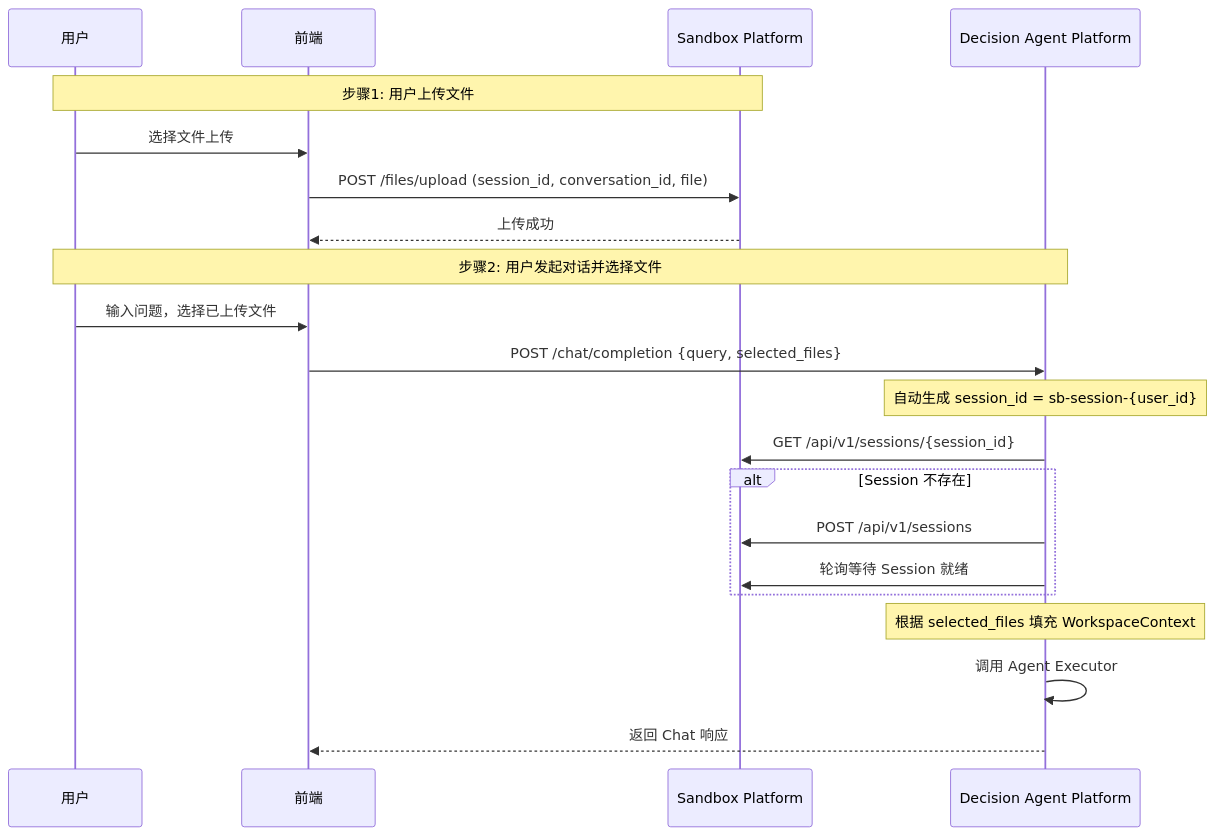
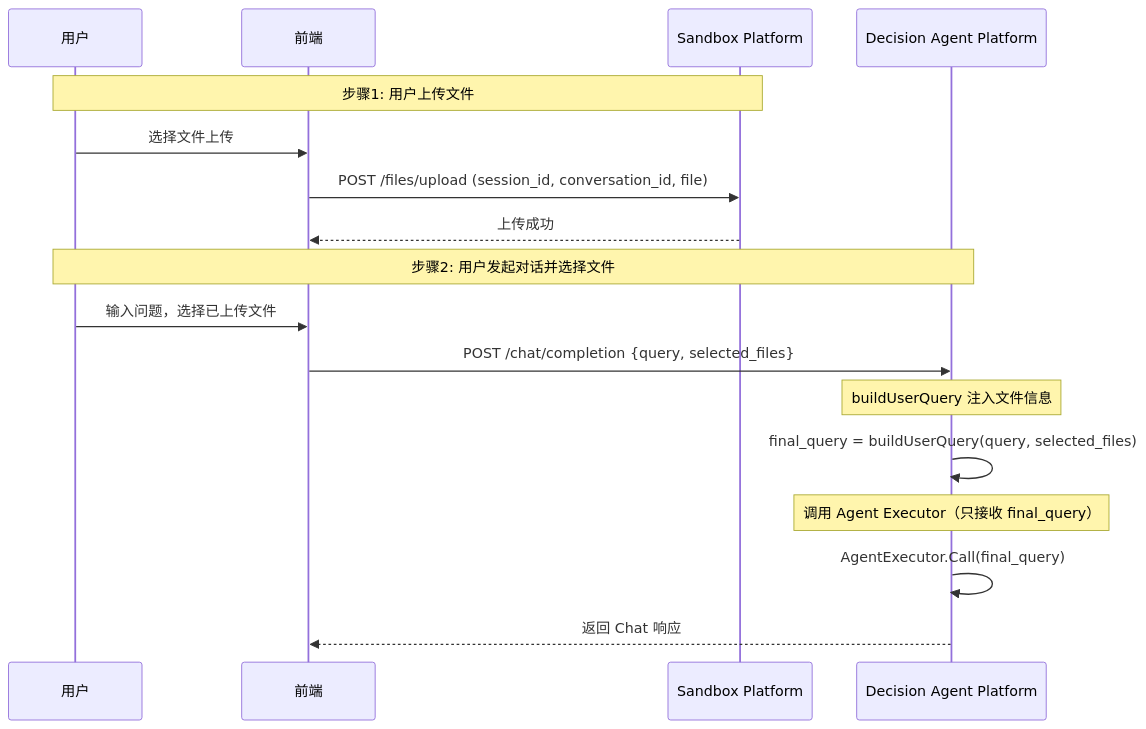
One commit to kweaver-ai/decision-agent changed the fourth of 4 diagrams in agent-backend/agent-factory/docs/feature/01-temparea/Agent 临时区（Sandbox Workspace）技术实现方案.md. Above: the diagram before and after it, drawn with Mermaid. The commit also changed other lines of this file and 1 other file, not shown here.

First line of the commit message:
``` feat(agent-factory): implement query injection for temporary area files

````diff
--- a/agent-backend/agent-factory/docs/feature/01-temparea/Agent 临时区（Sandbox Workspace）技术实现方案.md
+++ b/agent-backend/agent-factory/docs/feature/01-temparea/Agent 临时区（Sandbox Workspace）技术实现方案.md
@@ -1381,27 +1492,24 @@
 ```mermaid
 sequenceDiagram
     participant User as 用户
     participant Frontend as 前端
     participant SP as Sandbox Platform
     participant DAP as Decision Agent Platform
 
     Note over User,SP: 步骤1: 用户上传文件
     User->>Frontend: 选择文件上传
     Frontend->>SP: POST /files/upload (session_id, conversation_id, file)
     SP-->>Frontend: 上传成功
 
     Note over User,DAP: 步骤2: 用户发起对话并选择文件
     User->>Frontend: 输入问题，选择已上传文件
     Frontend->>DAP: POST /chat/completion {query, selected_files}
-    Note over DAP: 自动生成 session_id = sb-session-{user_id}
-    DAP->>SP: GET /api/v1/sessions/{session_id}
 
-    alt Session 不存在
-        DAP->>SP: POST /api/v1/sessions
-        DAP->>SP: 轮询等待 Session 就绪
-    end
+    Note over DAP: buildUserQuery 注入文件信息
+    DAP->>DAP: final_query = buildUserQuery(query, selected_files)
 
-    Note over DAP: 根据 selected_files 填充 WorkspaceContext
-    DAP->>DAP: 调用 Agent Executor
+    Note over DAP: 调用 Agent Executor（只接收 final_query）
+    DAP->>DAP: AgentExecutor.Call(final_query)
+
     DAP-->>Frontend: 返回 Chat 响应
 ```
````
